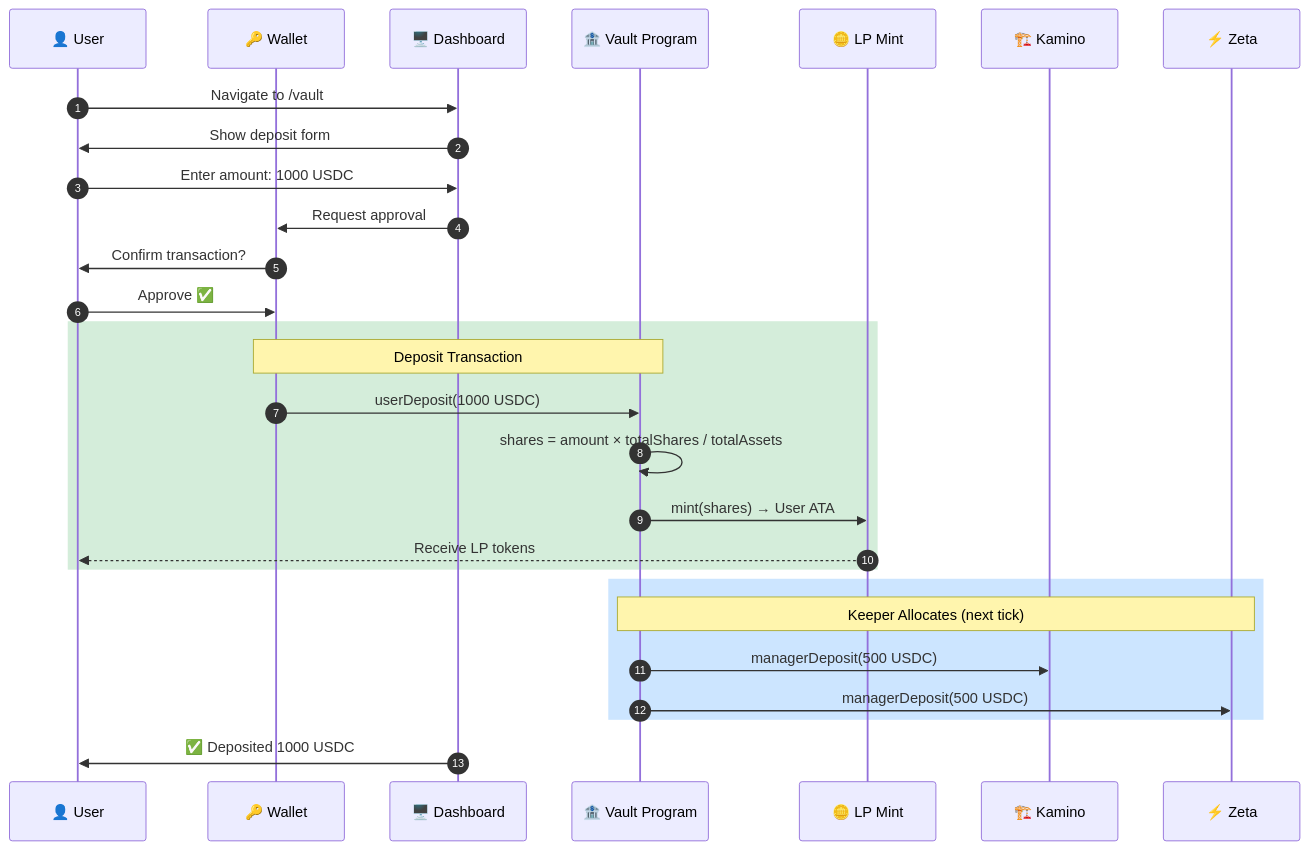
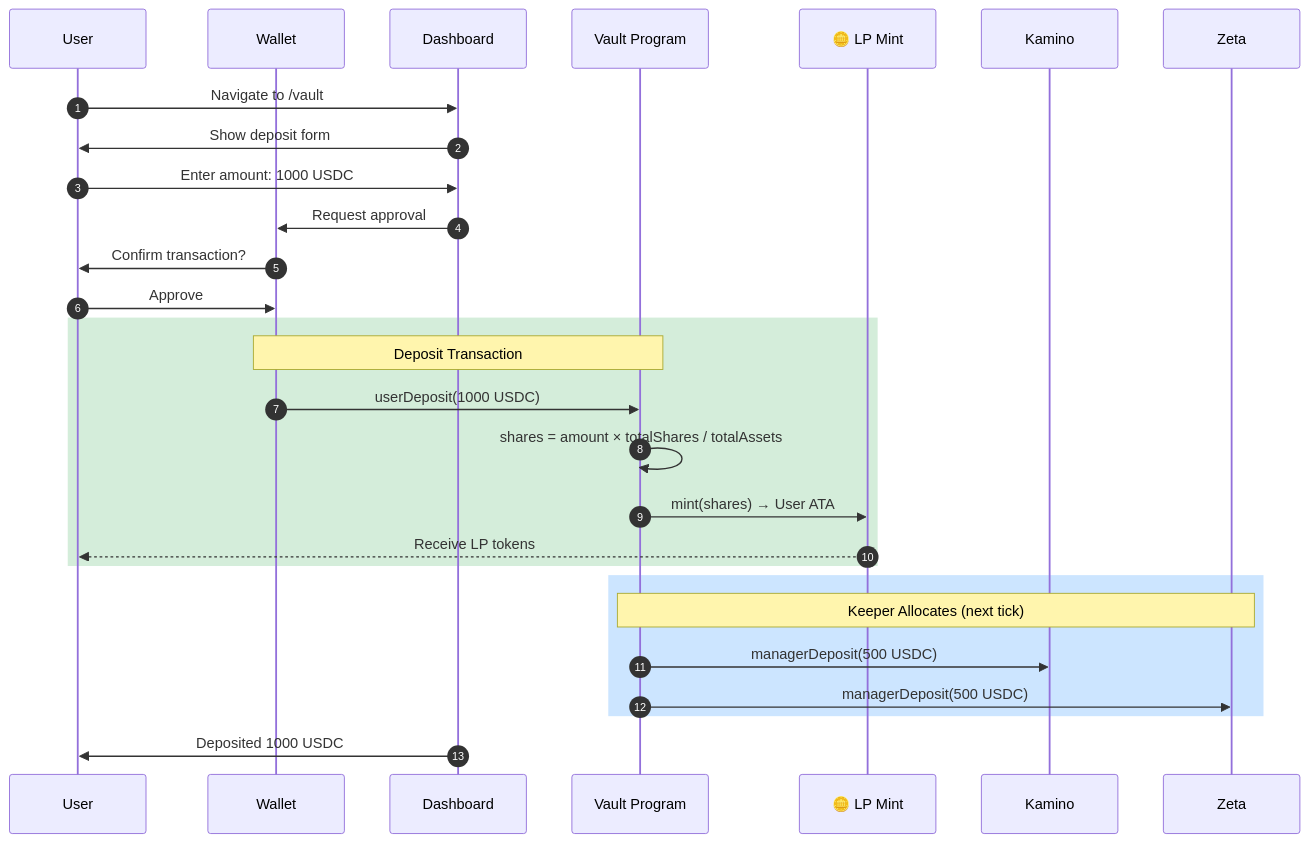
Diagram 18 of 20 in docs/ARCHITECTURE.md (Ashutosh0x/ranger-ai-vault), drawn with Mermaid before and after one commit. The commit also changed other lines of this file and 71 other files, not shown here.

````diff
--- a/docs/ARCHITECTURE.md
+++ b/docs/ARCHITECTURE.md
@@ -1108,34 +1108,34 @@
 ```mermaid
 sequenceDiagram
-    autonumber
-    participant User as 👤 User
-    participant Wallet as 🔑 Wallet
-    participant Dashboard as 🖥️ Dashboard
-    participant Vault as 🏦 Vault Program
-    participant LP as 🪙 LP Mint
-    participant Kamino as 🏗️ Kamino
-    participant Zeta as ⚡ Zeta
+ autonumber
+ participant User as User
+ participant Wallet as Wallet
+ participant Dashboard as Dashboard
+ participant Vault as Vault Program
+ participant LP as 🪙 LP Mint
+ participant Kamino as Kamino
+ participant Zeta as Zeta
 
-    User->>Dashboard: Navigate to /vault
-    Dashboard->>User: Show deposit form
-    User->>Dashboard: Enter amount: 1000 USDC
-    Dashboard->>Wallet: Request approval
-    Wallet->>User: Confirm transaction?
-    User->>Wallet: Approve ✅
+ User->>Dashboard: Navigate to /vault
+ Dashboard->>User: Show deposit form
+ User->>Dashboard: Enter amount: 1000 USDC
+ Dashboard->>Wallet: Request approval
+ Wallet->>User: Confirm transaction?
+ User->>Wallet: Approve 
 
-    rect rgb(212, 237, 218)
-        Note over Wallet,Vault: Deposit Transaction
-        Wallet->>Vault: userDeposit(1000 USDC)
-        Vault->>Vault: shares = amount × totalShares / totalAssets
-        Vault->>LP: mint(shares) → User ATA
-        LP-->>User: Receive LP tokens
-    end
+ rect rgb(212, 237, 218)
+ Note over Wallet,Vault: Deposit Transaction
+ Wallet->>Vault: userDeposit(1000 USDC)
+ Vault->>Vault: shares = amount × totalShares / totalAssets
+ Vault->>LP: mint(shares) → User ATA
+ LP-->>User: Receive LP tokens
+ end
 
-    rect rgb(204, 229, 255)
-        Note over Vault,Zeta: Keeper Allocates (next tick)
-        Vault->>Kamino: managerDeposit(500 USDC)
-        Vault->>Zeta: managerDeposit(500 USDC)
-    end
+ rect rgb(204, 229, 255)
+ Note over Vault,Zeta: Keeper Allocates (next tick)
+ Vault->>Kamino: managerDeposit(500 USDC)
+ Vault->>Zeta: managerDeposit(500 USDC)
+ end
 
-    Dashboard->>User: ✅ Deposited 1000 USDC
+ Dashboard->>User: Deposited 1000 USDC
 ```
````
